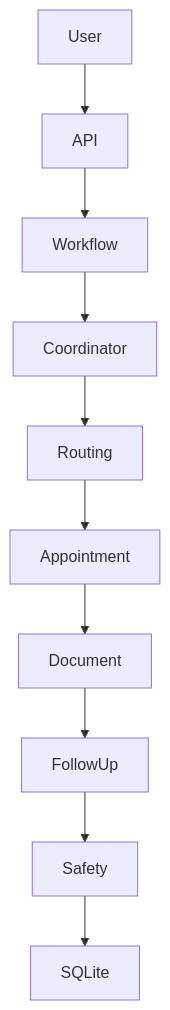
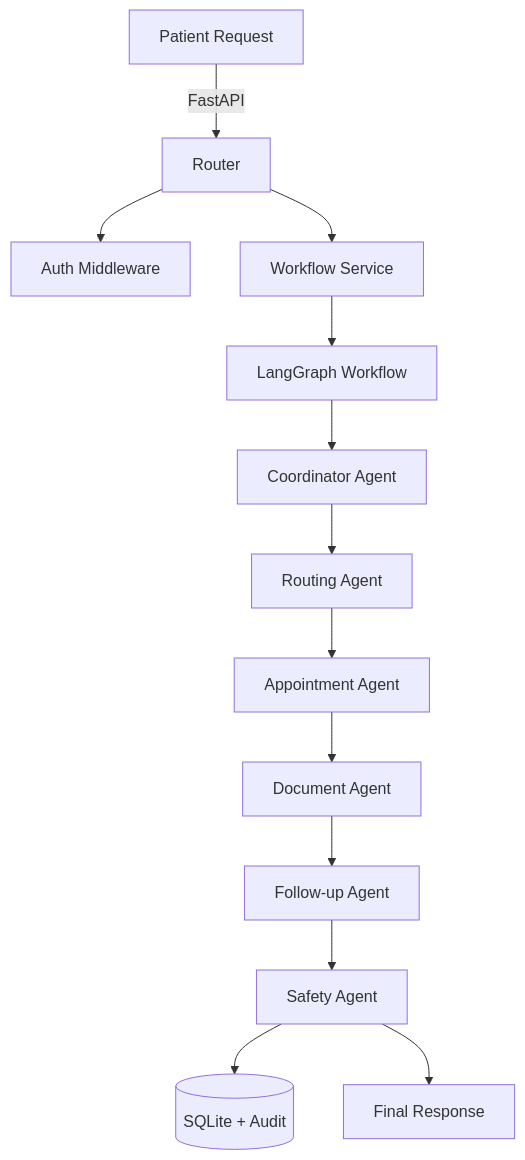
The diagram in README.md (pathak-builds/AgentCare-Multi-Agent-Healthcare-Administration-System), drawn with Mermaid before and after one commit. The commit also changed other lines of this file, not shown here.

````diff
--- a/README.md
+++ b/README.md
@@ -44,12 +417,15 @@
 ``` mermaid
 graph TD
-User-->API
-API-->Workflow
-Workflow-->Coordinator
-Coordinator-->Routing
-Routing-->Appointment
-Appointment-->Document
-Document-->FollowUp
-FollowUp-->Safety
-Safety-->SQLite
+    User[Patient Request] -->|FastAPI| Router
+    Router --> Auth[Auth Middleware]
+    Router --> Workflow[Workflow Service]
+    Workflow --> Graph[LangGraph Workflow]
+    Graph --> C[Coordinator Agent]
+    C --> R[Routing Agent]
+    R --> A[Appointment Agent]
+    A --> D[Document Agent]
+    D --> F[Follow-up Agent]
+    F --> S[Safety Agent]
+    S --> DB[(SQLite + Audit)]
+    S --> Response[Final Response]
 ```
````
